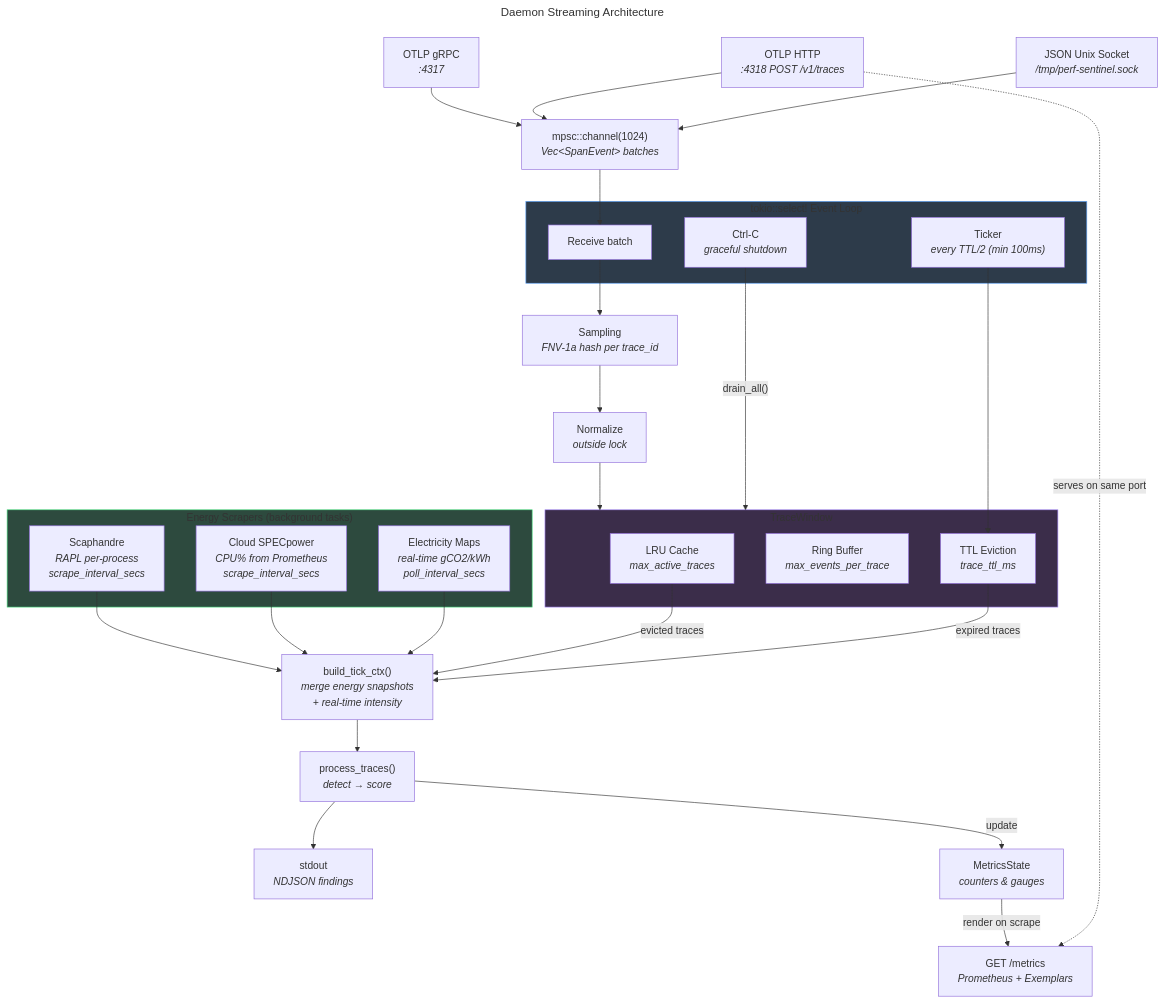
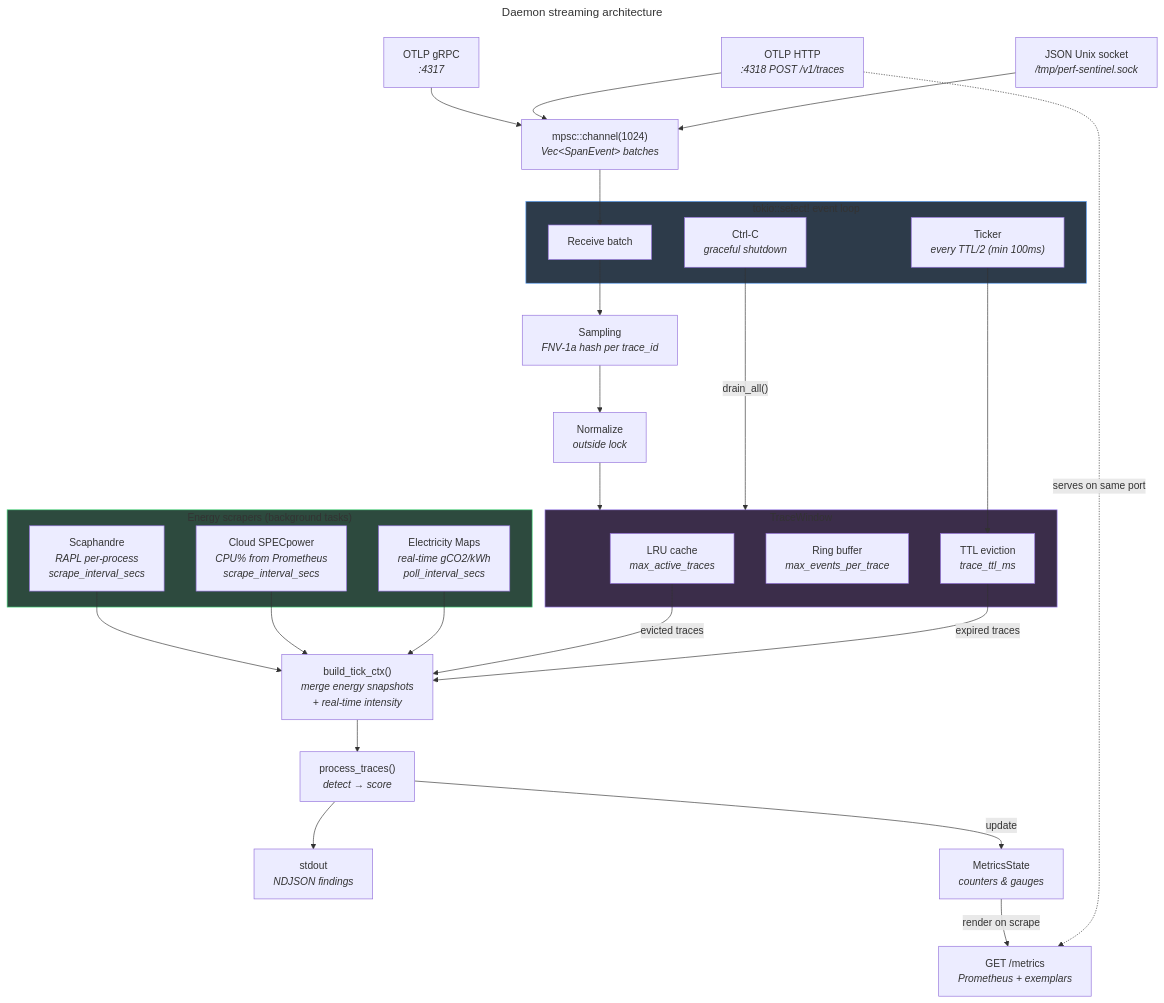
One commit to robintra/perf-sentinel changed the diagram in docs/diagrams/mmd/daemon.mmd. Above: the diagram before and after it, drawn with Mermaid. The commit also changed 94 other files, not shown here.

```diff
--- a/docs/diagrams/mmd/daemon.mmd
+++ b/docs/diagrams/mmd/daemon.mmd
@@ -1,65 +1,65 @@
 ---
-title: Daemon Streaming Architecture
+title: Daemon streaming architecture
 ---
 flowchart TB
     grpc["OTLP gRPC<br/><i>:4317</i>"]
     http["OTLP HTTP<br/><i>:4318 POST /v1/traces</i>"]
-    sock["JSON Unix Socket<br/><i>/tmp/perf-sentinel.sock</i>"]
+    sock["JSON Unix socket<br/><i>/tmp/perf-sentinel.sock</i>"]
 
     channel["mpsc::channel(1024)<br/><i>Vec&lt;SpanEvent&gt; batches</i>"]
 
-    subgraph eventloop["tokio::select! Event Loop"]
+    subgraph eventloop["tokio::select! event loop"]
         recv["Receive batch"]
         tick["Ticker<br/><i>every TTL/2 (min 100ms)</i>"]
         ctrlc["Ctrl-C<br/><i>graceful shutdown</i>"]
     end
 
     sampling["Sampling<br/><i>FNV-1a hash per trace_id</i>"]
     norm["Normalize<br/><i>outside lock</i>"]
 
     subgraph window["TraceWindow"]
-        lru["LRU Cache<br/><i>max_active_traces</i>"]
-        ring["Ring Buffer<br/><i>max_events_per_trace</i>"]
-        ttl["TTL Eviction<br/><i>trace_ttl_ms</i>"]
+        lru["LRU cache<br/><i>max_active_traces</i>"]
+        ring["Ring buffer<br/><i>max_events_per_trace</i>"]
+        ttl["TTL eviction<br/><i>trace_ttl_ms</i>"]
     end
 
-    subgraph scrapers["Energy Scrapers (background tasks)"]
+    subgraph scrapers["Energy scrapers (background tasks)"]
         scaph["Scaphandre<br/><i>RAPL per-process<br/>scrape_interval_secs</i>"]
         cloud["Cloud SPECpower<br/><i>CPU% from Prometheus<br/>scrape_interval_secs</i>"]
         emaps["Electricity Maps<br/><i>real-time gCO2/kWh<br/>poll_interval_secs</i>"]
     end
 
     tick_ctx["build_tick_ctx()<br/><i>merge energy snapshots<br/>+ real-time intensity</i>"]
 
     process["process_traces()<br/><i>detect &rarr; score</i>"]
 
     stdout["stdout<br/><i>NDJSON findings</i>"]
     metrics_state["MetricsState<br/><i>counters &amp; gauges</i>"]
-    metrics_endpoint["GET /metrics<br/><i>Prometheus + Exemplars</i>"]
+    metrics_endpoint["GET /metrics<br/><i>Prometheus + exemplars</i>"]
 
     grpc --> channel
     http --> channel
     sock --> channel
 
     channel --> recv
     recv --> sampling --> norm --> window
     tick --> ttl
     ctrlc -- "drain_all()" --> window
 
     scaph --> tick_ctx
     cloud --> tick_ctx
     emaps --> tick_ctx
 
     lru -- "evicted traces" --> tick_ctx
     ttl -- "expired traces" --> tick_ctx
     tick_ctx --> process
 
     process --> stdout
     process -- "update" --> metrics_state
     metrics_state -- "render on scrape" --> metrics_endpoint
 
     http -. "serves on same port" .-> metrics_endpoint
 
     style eventloop fill:#2d3b4a,stroke:#60a5fa
     style window fill:#3b2d4a,stroke:#a78bfa
     style scrapers fill:#2d4a3e,stroke:#4ade80
```
